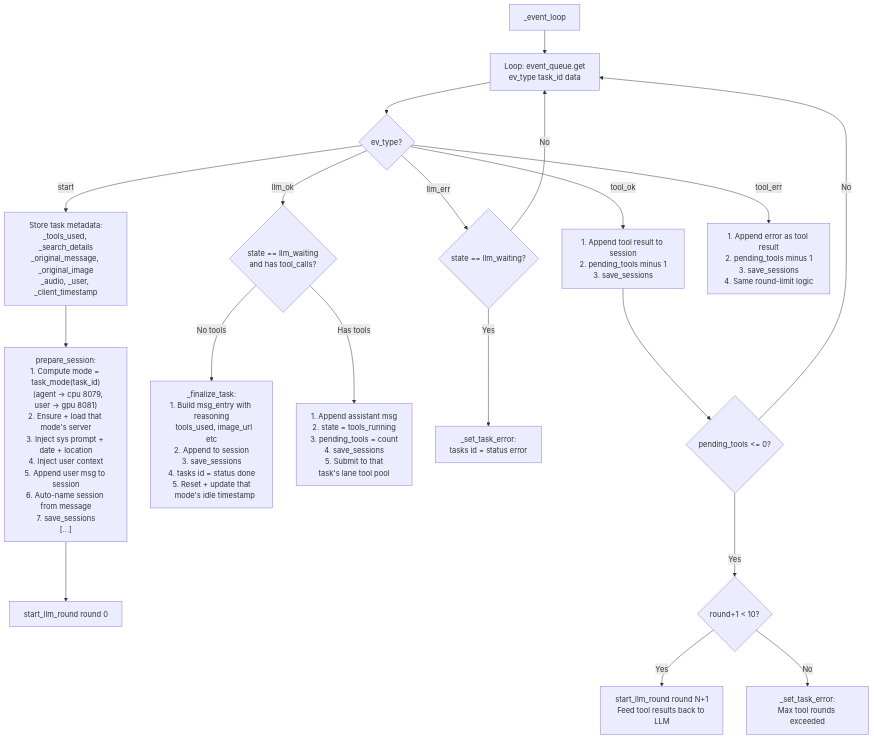
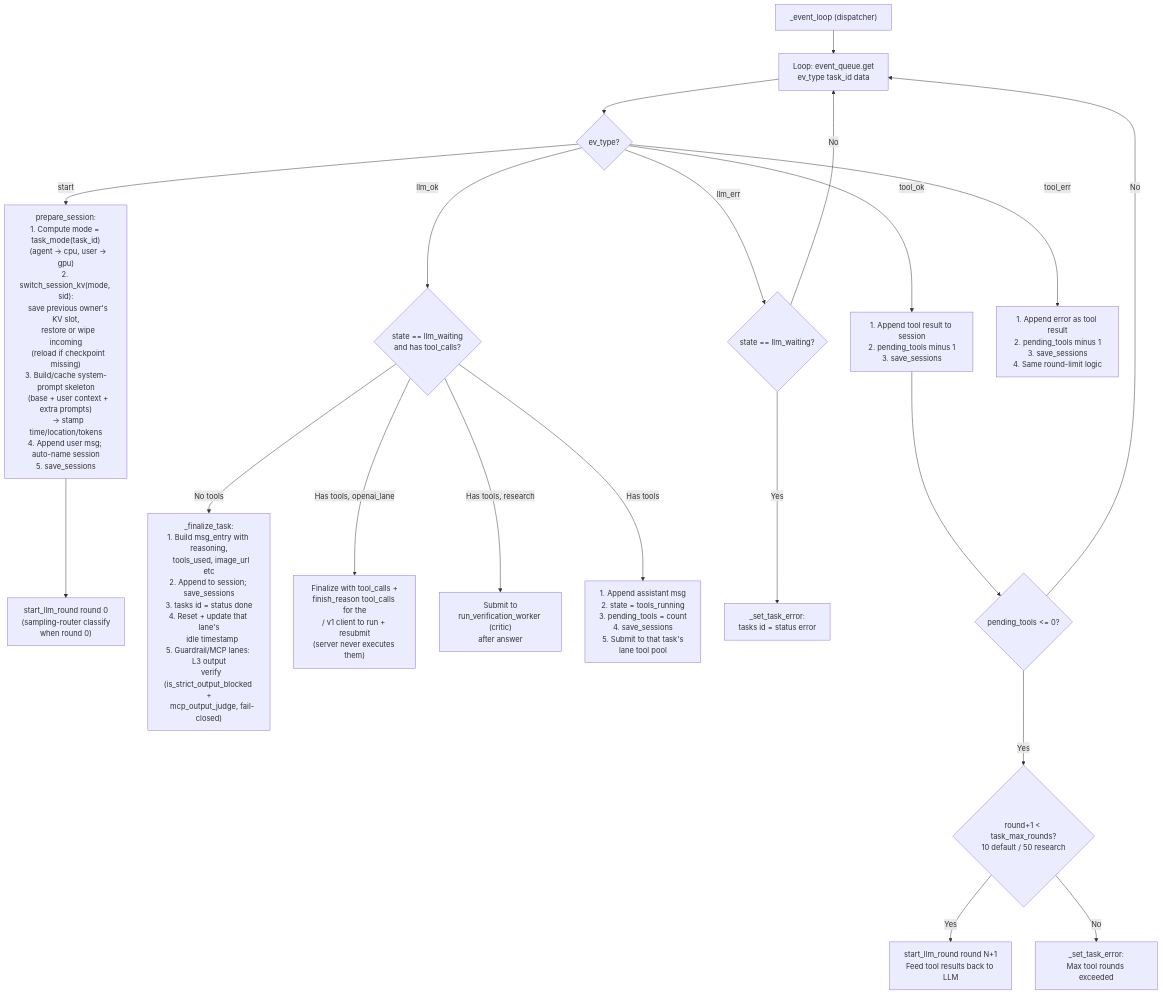
The ninth of 12 diagrams in README.md (Palash90/local-ai), drawn with Mermaid before and after one commit. The commit also changed other lines of this file and 8 other files, not shown here.

````diff
--- a/README.md
+++ b/README.md
@@ -482,26 +536,27 @@
 ```mermaid
 graph TD
-    E1["_event_loop"] --> EvLoop["Loop: event_queue.get\nev_type task_id data"]
+    E1["_event_loop (dispatcher)"] --> EvLoop["Loop: event_queue.get\nev_type task_id data"]
     EvLoop --> EvDispatch{"ev_type?"}
 
-    EvDispatch -- "start" --> EvStart["Store task metadata:\n_tools_used, _search_details\n_original_message, _original_image\n_audio, _user, _client_timestamp"]
-    EvStart --> PrepSession["prepare_session:\n1. Compute mode = task_mode(task_id)\n   (agent → cpu 8079, user → gpu 8081)\n2. Ensure + load that mode's server\n3. Inject sys prompt + date + location\n4. Inject user context\n5. Append user msg to session\n6. Auto-name session from message\n7. save_sessions\n[...]" ]
-    PrepSession --> StartRound0["start_llm_round round 0"]
+    EvDispatch -- "start" --> PrepSession["prepare_session:\n1. Compute mode = task_mode(task_id)\n   (agent → cpu, user → gpu)\n2. switch_session_kv(mode, sid):\n   save previous owner's KV slot,\n   restore or wipe incoming\n   (reload if checkpoint missing)\n3. Build/cache system-prompt skeleton\n   (base + user context + extra prompts)\n   → stamp time/location/tokens\n4. Append user msg; auto-name session\n5. save_sessions"]
+    PrepSession --> StartRound0["start_llm_round round 0\n(sampling-router classify\nwhen round 0)"]
 
     EvDispatch -- "llm_ok" --> LLMOK{"state == llm_waiting\nand has tool_calls?"}
-    LLMOK -- "No tools" --> Finalize["_finalize_task:\n1. Build msg_entry with reasoning\n   tools_used, image_url etc\n2. Append to session\n3. save_sessions\n4. tasks id = status done\n5. Reset + update that\n   mode's idle timestamp"]
-    LLMOK -- "Has tools" --> SubmitTools["1. Append assistant msg\n2. state = tools_running\n3. pending_tools = count\n4. save_sessions\n5. Submit to that\n   task's lane tool pool"]
+    LLMOK -- "No tools" --> Finalize["_finalize_task:\n1. Build msg_entry with reasoning,\n   tools_used, image_url etc\n2. Append to session; save_sessions\n3. tasks id = status done\n4. Reset + update that lane's\n   idle timestamp\n5. Guardrail/MCP lanes: L3 output\n   verify (is_strict_output_blocked +\n   mcp_output_judge, fail-closed)"]
+    LLMOK -- "Has tools, openai_lane" --> OpenAIFinal["Finalize with tool_calls +\nfinish_reason tool_calls for the\n/ v1 client to run + resubmit\n(server never executes them)"]
+    LLMOK -- "Has tools, research" --> SubmitCritic["Submit to\nrun_verification_worker (critic)\nafter answer"]
+    LLMOK -- "Has tools" --> SubmitTools["1. Append assistant msg\n2. state = tools_running\n3. pending_tools = count\n4. save_sessions\n5. Submit to that task's\n   lane tool pool"]
 
     EvDispatch -- "llm_err" --> LLMERR{"state == llm_waiting?"}
     LLMERR -- Yes --> LLMErrAction["_set_task_error:\ntasks id = status error"]
     LLMERR -- No --> EvLoop
 
     EvDispatch -- "tool_ok" --> ToolOK["1. Append tool result to session\n2. pending_tools minus 1\n3. save_sessions"]
     ToolOK --> AllToolsDone{"pending_tools <= 0?"}
     AllToolsDone -- No --> EvLoop
-    AllToolsDone -- Yes --> NextRoundCheck{"round+1 < 10?"}
+    AllToolsDone -- Yes --> NextRoundCheck{"round+1 < task_max_rounds?\n10 default / 50 research"}
     NextRoundCheck -- Yes --> NextRound["start_llm_round round N+1\nFeed tool results back to LLM"]
     NextRoundCheck -- No --> MaxRoundsErr["_set_task_error:\nMax tool rounds exceeded"]
 
     EvDispatch -- "tool_err" --> ToolERR["1. Append error as tool result\n2. pending_tools minus 1\n3. save_sessions\n4. Same round-limit logic"]
 ```
````
